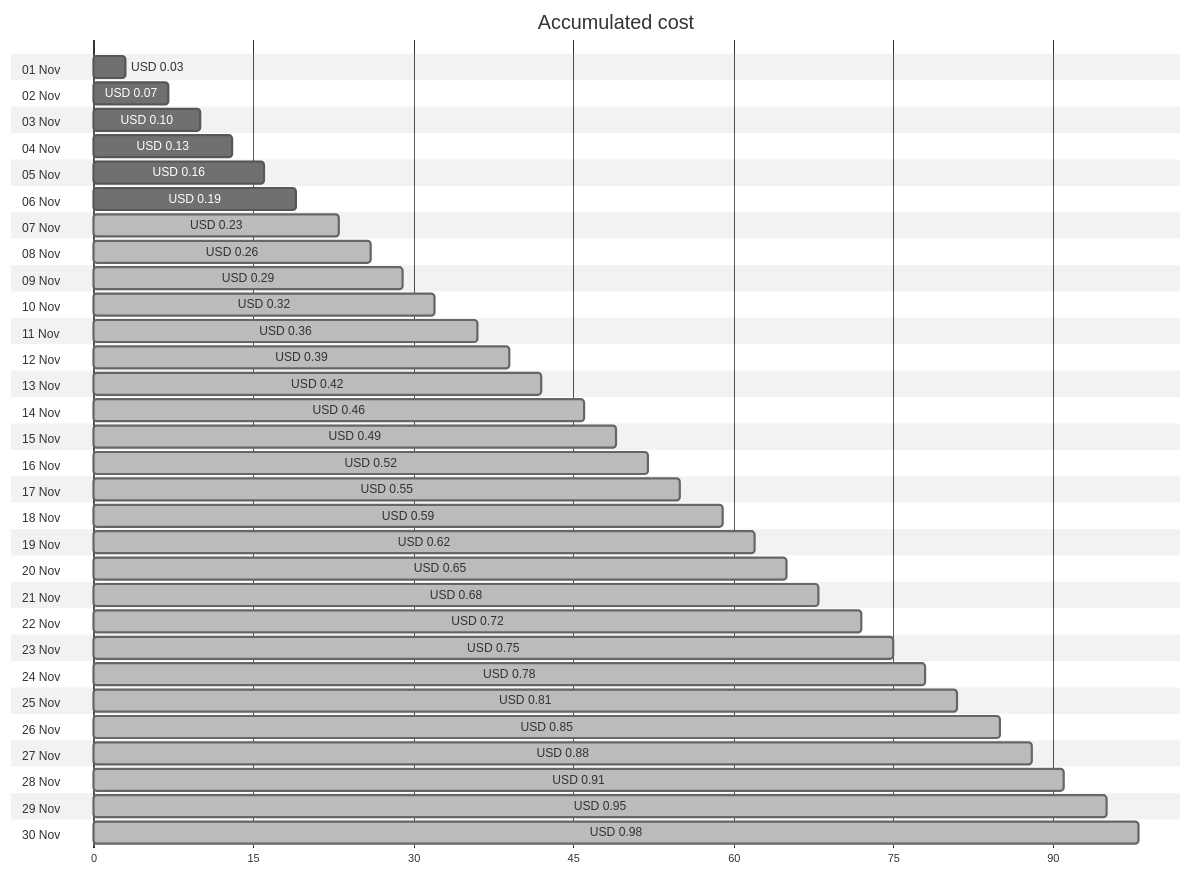
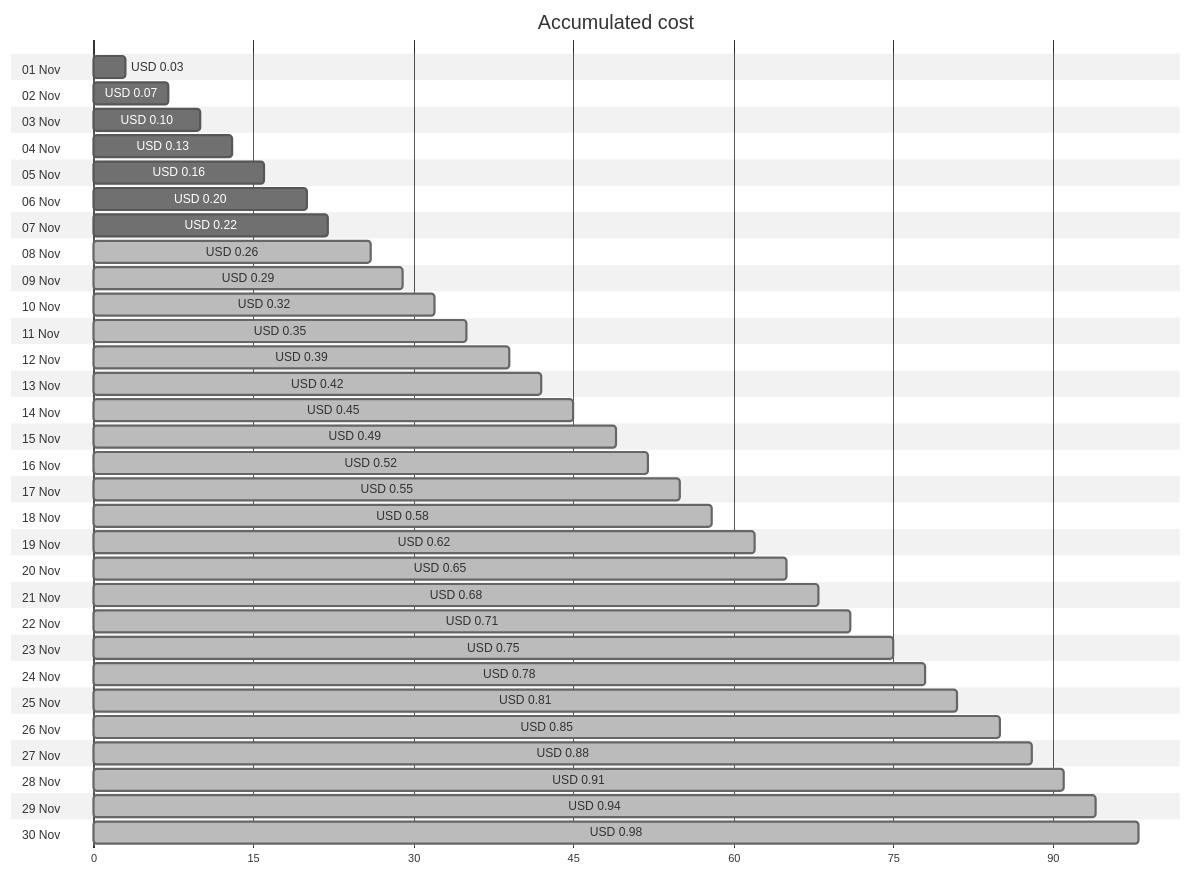
Before and after one commit to jpfulton/azure-personal-reports: the first of 4 diagrams in cost-reports/personal-dns/README.md, drawn with Mermaid (neutral theme). The commit also changed other lines of this file and 2 other files, not shown here.

````diff
--- a/cost-reports/personal-dns/README.md
+++ b/cost-reports/personal-dns/README.md
@@ -20,66 +20,66 @@
 ```mermaid
 gantt
    title Accumulated cost
    dateFormat  X
    axisFormat %s
    section 01 Nov
    USD 0.03 :0, 3
    section 02 Nov
    USD 0.07 :0, 7
    section 03 Nov
    USD 0.10 :0, 10
    section 04 Nov
    USD 0.13 :0, 13
    section 05 Nov
    USD 0.16 :0, 16
    section 06 Nov
-   USD 0.19 :0, 19
+   USD 0.20 :0, 20
    section 07 Nov
-   USD 0.23 : done, 0, 23
+   USD 0.22 :0, 22
    section 08 Nov
    USD 0.26 : done, 0, 26
    section 09 Nov
    USD 0.29 : done, 0, 29
    section 10 Nov
    USD 0.32 : done, 0, 32
    section 11 Nov
-   USD 0.36 : done, 0, 36
+   USD 0.35 : done, 0, 35
    section 12 Nov
    USD 0.39 : done, 0, 39
    section 13 Nov
    USD 0.42 : done, 0, 42
    section 14 Nov
-   USD 0.46 : done, 0, 46
+   USD 0.45 : done, 0, 45
    section 15 Nov
    USD 0.49 : done, 0, 49
    section 16 Nov
    USD 0.52 : done, 0, 52
    section 17 Nov
    USD 0.55 : done, 0, 55
    section 18 Nov
-   USD 0.59 : done, 0, 59
+   USD 0.58 : done, 0, 58
    section 19 Nov
    USD 0.62 : done, 0, 62
    section 20 Nov
    USD 0.65 : done, 0, 65
    section 21 Nov
    USD 0.68 : done, 0, 68
    section 22 Nov
-   USD 0.72 : done, 0, 72
+   USD 0.71 : done, 0, 71
    section 23 Nov
    USD 0.75 : done, 0, 75
    section 24 Nov
    USD 0.78 : done, 0, 78
    section 25 Nov
    USD 0.81 : done, 0, 81
    section 26 Nov
    USD 0.85 : done, 0, 85
    section 27 Nov
    USD 0.88 : done, 0, 88
    section 28 Nov
    USD 0.91 : done, 0, 91
    section 29 Nov
-   USD 0.95 : done, 0, 95
+   USD 0.94 : done, 0, 94
    section 30 Nov
    USD 0.98 : done, 0, 98
 ```
````
